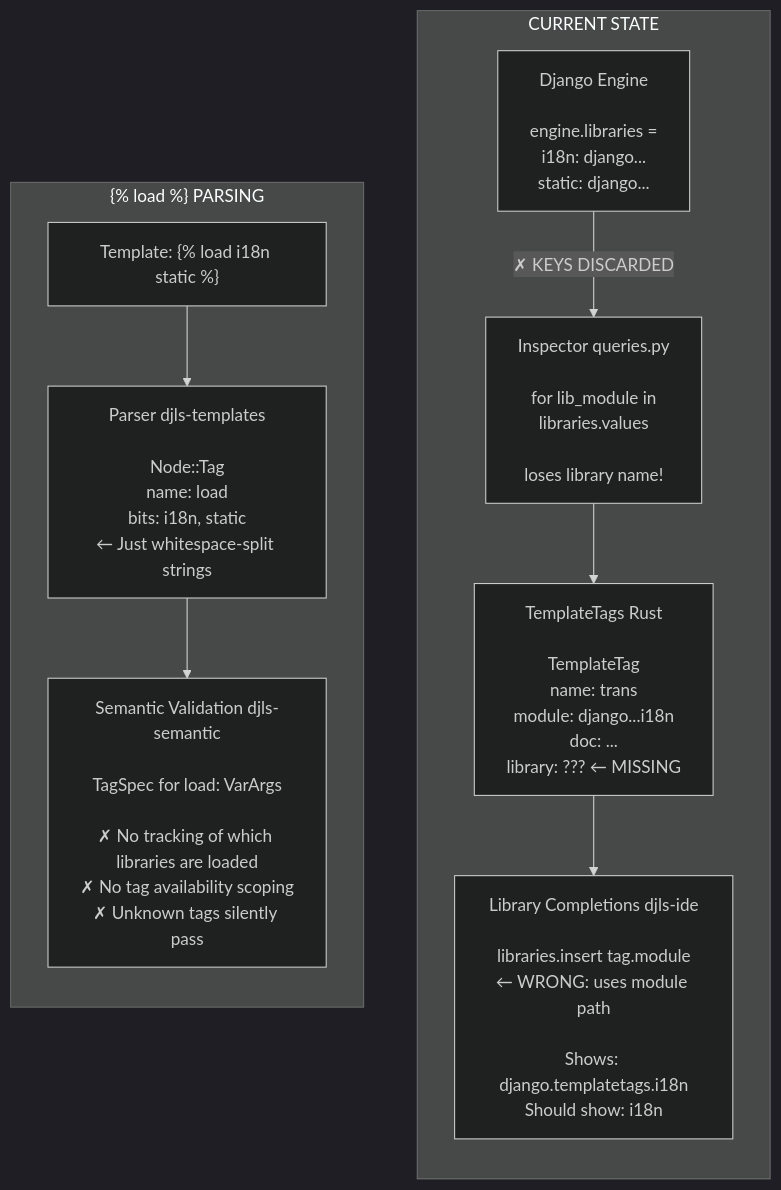
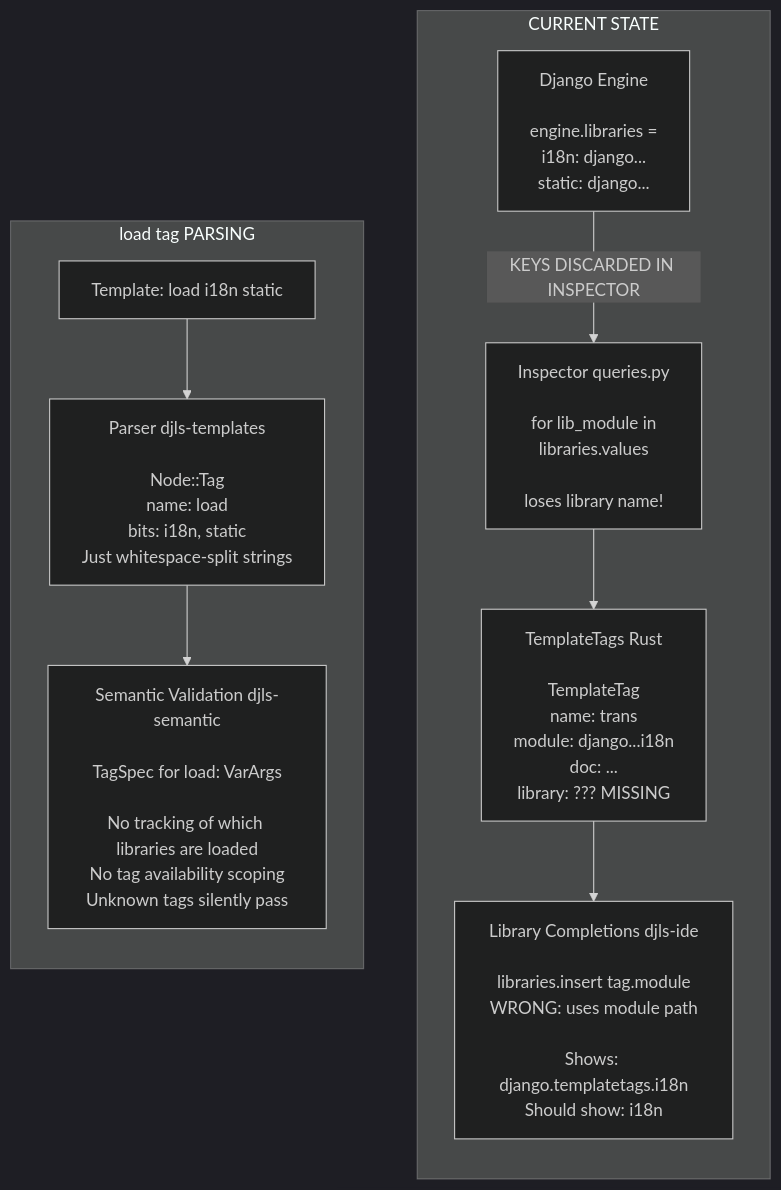
Before and after one commit to joshuadavidthomas/django-language-server: the diagram in .agents/research/2026-02-04_load-tag-library-scoping.md, drawn with Mermaid (dark theme). The commit also changed 12 other files, not shown here.

Commit message:
change ASCII diagrams to Mermaid

````diff
--- a/.agents/research/2026-02-04_load-tag-library-scoping.md
+++ b/.agents/research/2026-02-04_load-tag-library-scoping.md
@@ -216,22 +216,22 @@
 ```mermaid
 flowchart TB
     subgraph CurrentState["CURRENT STATE"]
         direction TB
-        DE[Django Engine<br/><br/>engine.libraries =<br/>i18n: django...<br/>static: django...]
-
-        DE -->|✗ KEYS DISCARDED| IQ[Inspector queries.py<br/><br/>for lib_module in<br/>libraries.values<br/><br/>loses library name!]
-
-        IQ --> TT[TemplateTags Rust<br/><br/>TemplateTag<br/>name: trans<br/>module: django...i18n<br/>doc: ...<br/>library: ??? ← MISSING]
-
-        TT --> LC[Library Completions djls-ide<br/><br/>libraries.insert tag.module<br/>← WRONG: uses module path<br/><br/>Shows: django.templatetags.i18n<br/>Should show: i18n]
+        DE["Django Engine<br/><br/>engine.libraries =<br/>i18n: django...<br/>static: django..."]
+        
+        DE -->|KEYS DISCARDED IN INSPECTOR| IQ["Inspector queries.py<br/><br/>for lib_module in<br/>libraries.values<br/><br/>loses library name!"]
+        
+        IQ --> TT["TemplateTags Rust<br/><br/>TemplateTag<br/>name: trans<br/>module: django...i18n<br/>doc: ...<br/>library: ??? MISSING"]
+        
+        TT --> LC["Library Completions djls-ide<br/><br/>libraries.insert tag.module<br/>WRONG: uses module path<br/><br/>Shows: django.templatetags.i18n<br/>Should show: i18n"]
     end
-
-    subgraph LoadParsing["{% load %} PARSING"]
+    
+    subgraph LoadParsing["load tag PARSING"]
         direction TB
-        Template["Template: {% load i18n static %}"]
-
-        Template --> Parser[Parser djls-templates<br/><br/>Node::Tag<br/>name: load<br/>bits: i18n, static<br/>← Just whitespace-split strings]
-
-        Parser --> Semantic[Semantic Validation djls-semantic<br/><br/>TagSpec for load: VarArgs<br/><br/>✗ No tracking of which libraries are loaded<br/>✗ No tag availability scoping<br/>✗ Unknown tags silently pass]
+        Template["Template: load i18n static"]
+        
+        Template --> Parser["Parser djls-templates<br/><br/>Node::Tag<br/>name: load<br/>bits: i18n, static<br/>Just whitespace-split strings"]
+        
+        Parser --> Semantic["Semantic Validation djls-semantic<br/><br/>TagSpec for load: VarArgs<br/><br/>No tracking of which libraries are loaded<br/>No tag availability scoping<br/>Unknown tags silently pass"]
     end
 ```
````
